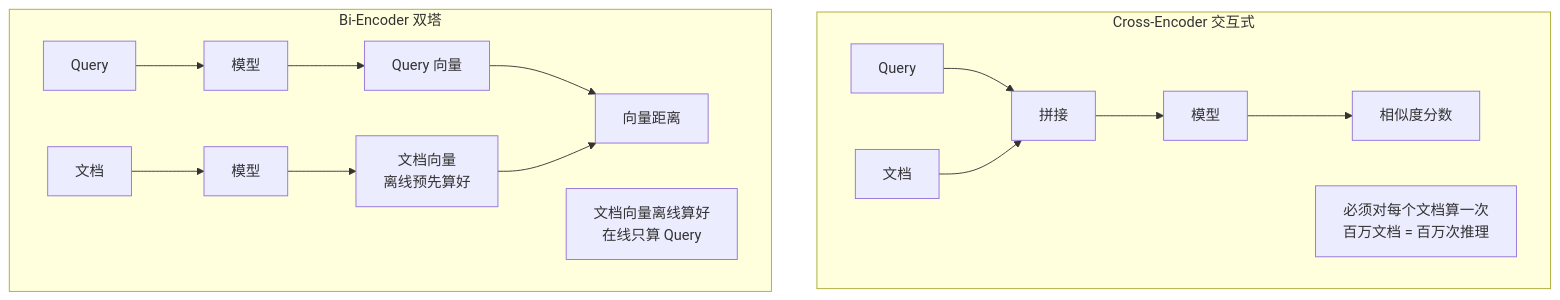
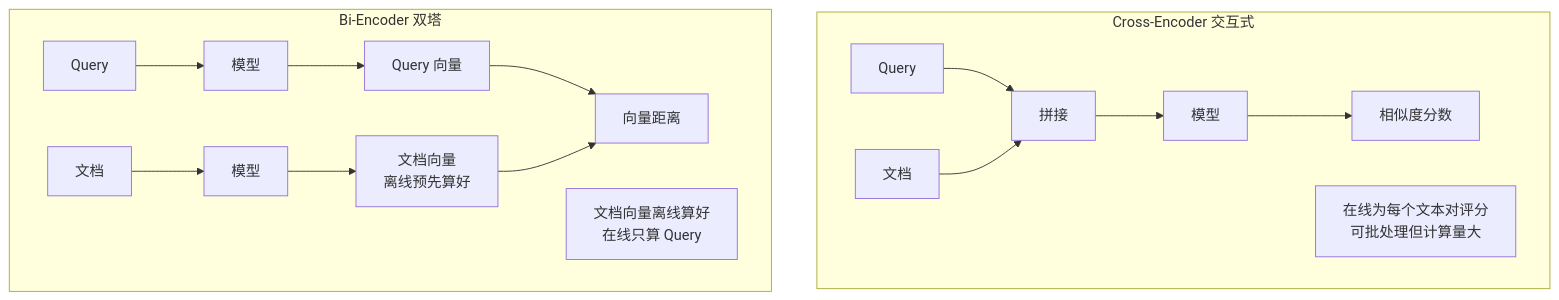
One commit to oneleaveknowsthefall/awesome-ai-roadmap changed the second of 3 diagrams in docs/rag/02-ingestion-indexing/06-embedding-principles.md. Above: the diagram before and after it, drawn with Mermaid. The commit also changed other lines of this file and 24 other files, not shown here.

````diff
--- a/docs/rag/02-ingestion-indexing/06-embedding-principles.md
+++ b/docs/rag/02-ingestion-indexing/06-embedding-principles.md
@@ -71,17 +71,17 @@
 ```mermaid
 flowchart TB
     subgraph CE[Cross-Encoder 交互式]
         Q1[Query] --> CAT[拼接]
         D1[文档] --> CAT
         CAT --> M1[模型] --> S1[相似度分数]
-        N1[必须对每个文档算一次<br/>百万文档 = 百万次推理]
+        N1[在线为每个文本对评分<br/>可批处理但计算量大]
     end
 
     subgraph BE[Bi-Encoder 双塔]
         Q2[Query] --> ME1[模型] --> V1[Query 向量]
         D2[文档] --> ME2[模型] --> V2[文档向量<br/>离线预先算好]
         V1 --> SIM[向量距离]
         V2 --> SIM
         N2[文档向量离线算好<br/>在线只算 Query]
     end
 ```
````
